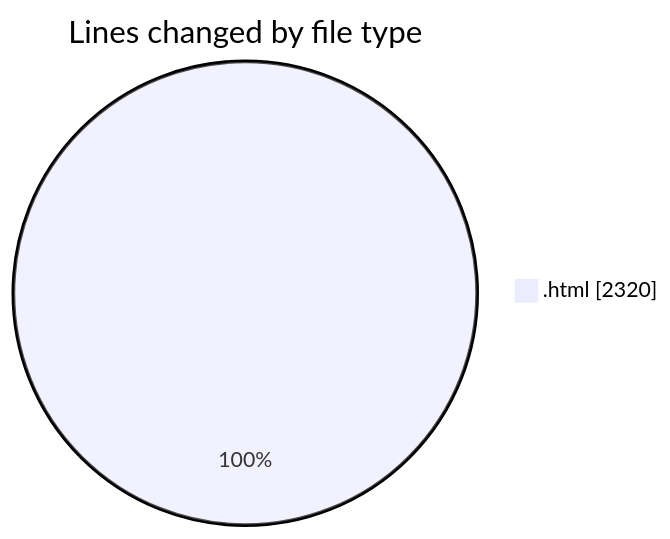
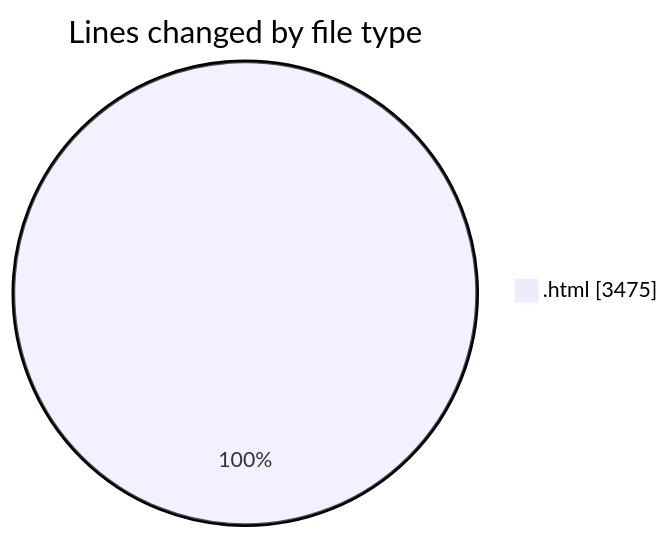
Before and after one commit to hasnaa123/code-tracking: the first of 2 diagrams in 2025-12-21/technologie_web/README.md, drawn with Mermaid. The commit also changed other lines of this file and 1 other file, not shown here.

````diff
--- a/2025-12-21/technologie_web/README.md
+++ b/2025-12-21/technologie_web/README.md
@@ -21,5 +22,5 @@
 ```mermaid
 pie showData
 title Lines changed by file type
-".html" : 2320
+".html" : 3475
 ```
````
